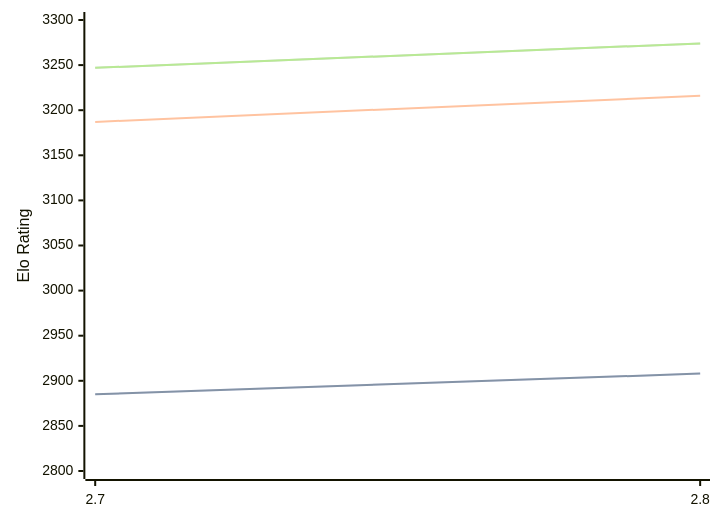
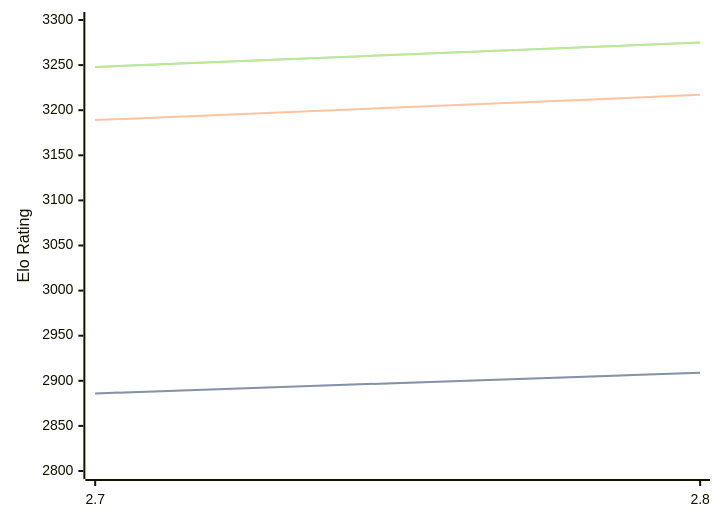
The first of 3 diagrams in engines/Arcanum.md (computer-chess-index/cci), drawn with Mermaid before and after one commit. The commit also changed other lines of this file, not shown here.

Commit message:
Update CCI Ratings (ELO VLTC) - 2026-06-23

````diff
--- a/engines/Arcanum.md
+++ b/engines/Arcanum.md
@@ -44,11 +44,11 @@
 ```mermaid
 %%{init: {"theme":"base","themeVariables":{"seriesColors:['#a3a3a3','#222221','#faa371']}}}%%
 xychart-beta
   x-axis ["2.7", "2.8"]
   y-axis "Elo Rating" 2800 --> 3300
-  line "STC (8.0+0.08s)" [2885, 2908]
-  line "STC (8.0+0.08s)" [2885, 2908]
-  line "LTC (60.0+0.60s)" [3187, 3216]
-  line "VLTC (2m24s+1.12s)" [3247, 3274]
-  line "VLTC (2m24s+1.12s)" [3247, 3274]
+  line "STC (8.0+0.08s)" [2886, 2909]
+  line "STC (8.0+0.08s)" [2886, 2909]
+  line "LTC (60.0+0.60s)" [3189, 3217]
+  line "VLTC (2m24s+1.12s)" [3248, 3275]
+  line "VLTC (2m24s+1.12s)" [3248, 3275]
 ```
````
